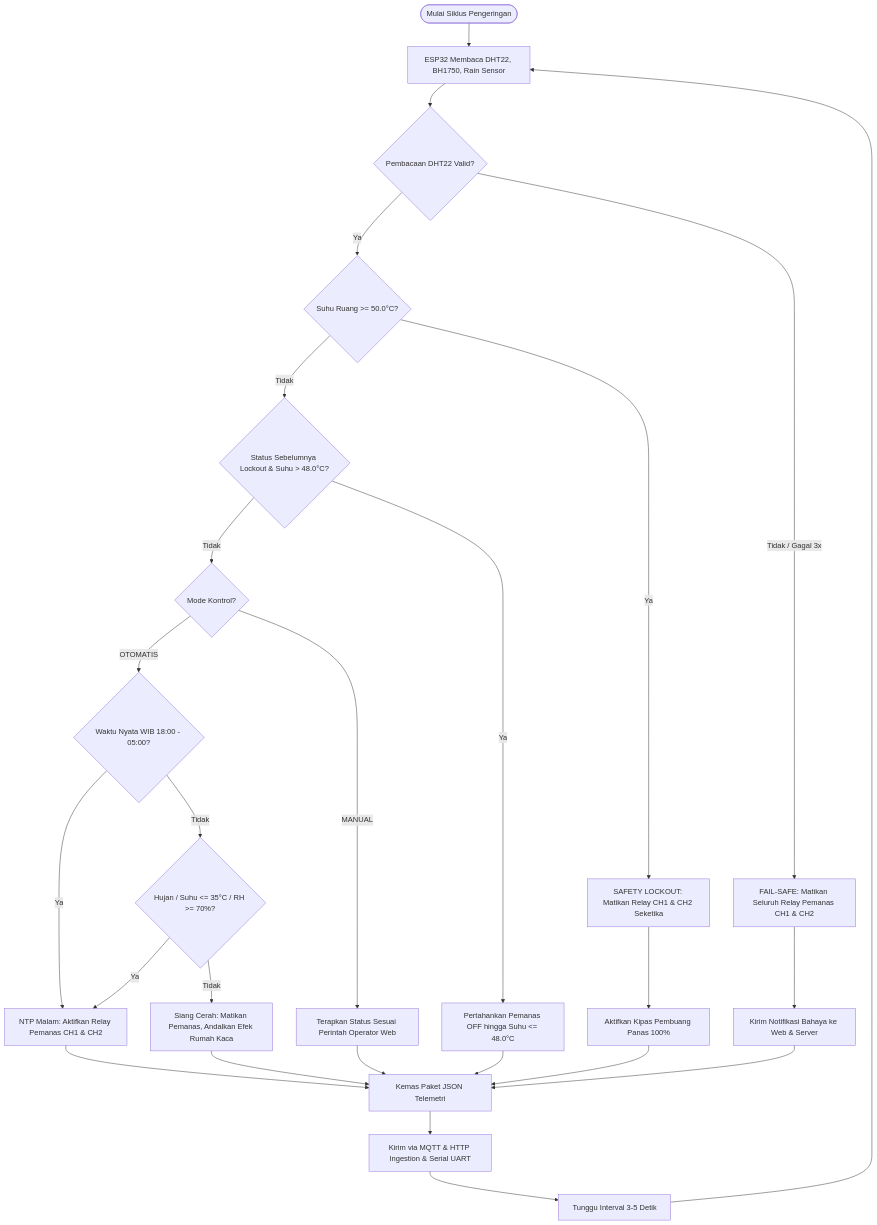
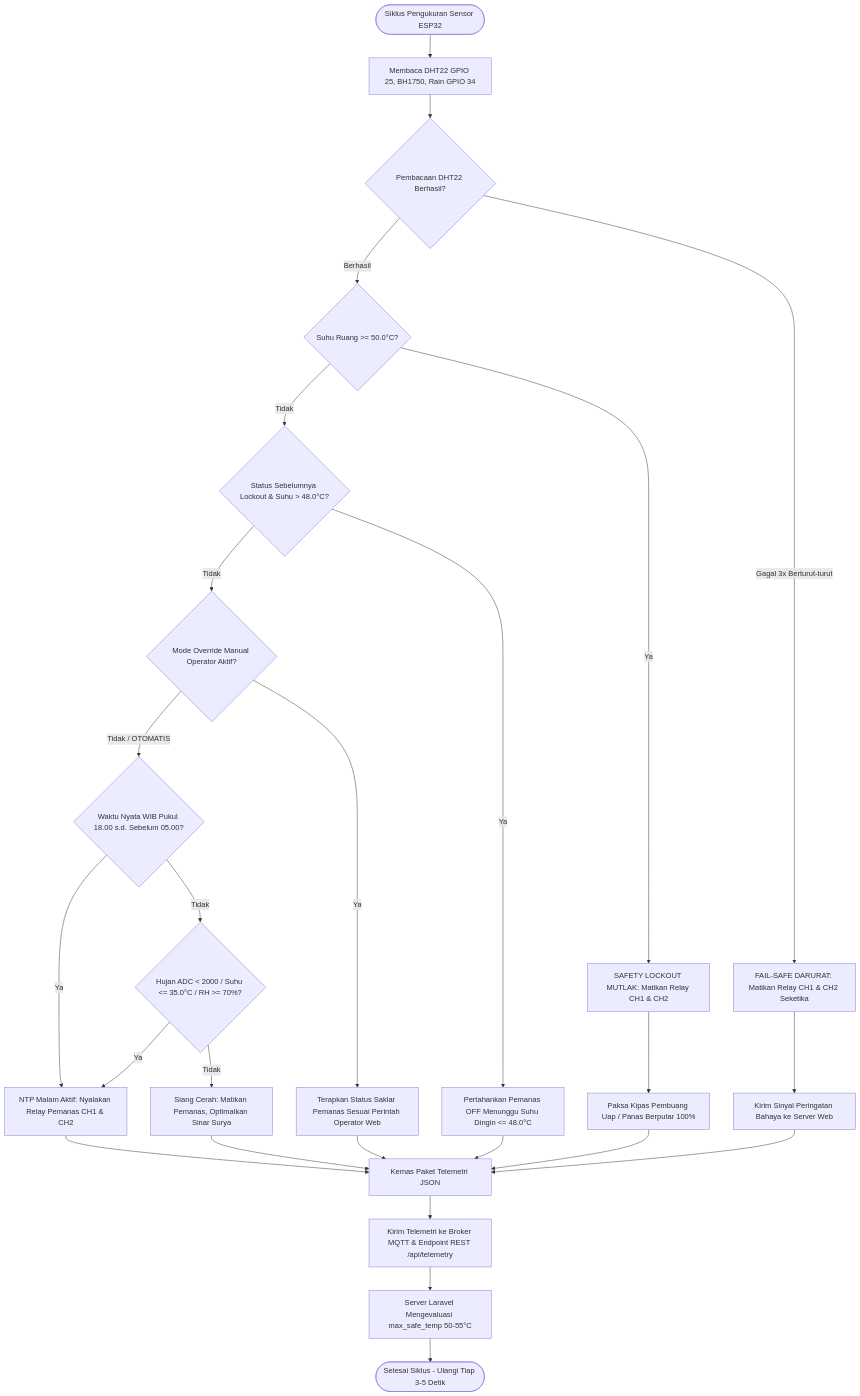
One commit to fatintsani/app-smart-dryer-hanjeli changed the second of 2 diagrams in docs/DOKUMEN_HKI.md. Above: the diagram before and after it, drawn with Mermaid. The commit also changed other lines of this file and 6 other files, not shown here.

````diff
--- a/docs/DOKUMEN_HKI.md
+++ b/docs/DOKUMEN_HKI.md
@@ -144,36 +248,36 @@
 ```mermaid
 flowchart TD
-    Start([Mulai Siklus Pengeringan]) --> ReadSensors[ESP32 Membaca DHT22, BH1750, Rain Sensor]
-    ReadSensors --> CheckValid{Pembacaan DHT22 Valid?}
+    Start([Siklus Pengukuran Sensor ESP32]) --> ReadSensors[Membaca DHT22 GPIO 25, BH1750, Rain GPIO 34]
+    ReadSensors --> CheckDHT{Pembacaan DHT22 Berhasil?}
     
-    CheckValid -- Tidak / Gagal 3x --> FailSafe[FAIL-SAFE: Matikan Seluruh Relay Pemanas CH1 & CH2]
-    FailSafe --> SendAlert[Kirim Notifikasi Bahaya ke Web & Server]
+    CheckDHT -- Gagal 3x Berturut-turut --> FailSafe[FAIL-SAFE DARURAT: Matikan Relay CH1 & CH2 Seketika]
+    FailSafe --> TransmitAlert[Kirim Sinyal Peringatan Bahaya ke Server Web]
     
-    CheckValid -- Ya --> CheckTemp{Suhu Ruang >= 50.0°C?}
-    CheckTemp -- Ya --> Lockout[SAFETY LOCKOUT: Matikan Relay CH1 & CH2 Seketika]
-    Lockout --> ExhaustOn[Aktifkan Kipas Pembuang Panas 100%]
+    CheckDHT -- Berhasil --> CheckOverheat{Suhu Ruang >= 50.0°C?}
+    CheckOverheat -- Ya --> Lockout[SAFETY LOCKOUT MUTLAK: Matikan Relay CH1 & CH2]
+    Lockout --> Exhaust100[Paksa Kipas Pembuang Uap / Panas Berputar 100%]
     
-    CheckTemp -- Tidak --> CheckRecovery{Status Sebelumnya Lockout & Suhu > 48.0°C?}
-    CheckRecovery -- Ya --> KeepOff[Pertahankan Pemanas OFF hingga Suhu <= 48.0°C]
+    CheckOverheat -- Tidak --> CheckRecoveryState{Status Sebelumnya Lockout & Suhu > 48.0°C?}
+    CheckRecoveryState -- Ya --> KeepOff[Pertahankan Pemanas OFF Menunggu Suhu Dingin <= 48.0°C]
     
-    CheckRecovery -- Tidak --> CheckMode{Mode Kontrol?}
-    CheckMode -- MANUAL --> ApplyManual[Terapkan Status Sesuai Perintah Operator Web]
+    CheckRecoveryState -- Tidak --> CheckManualMode{Mode Override Manual Operator Aktif?}
+    CheckManualMode -- Ya --> ApplyManualCmd[Terapkan Status Saklar Pemanas Sesuai Perintah Operator Web]
     
-    CheckMode -- OTOMATIS --> CheckNTP{Waktu Nyata WIB 18:00 - 05:00?}
-    CheckNTP -- Ya --> TurnHeatersOn[NTP Malam: Aktifkan Relay Pemanas CH1 & CH2]
+    CheckManualMode -- Tidak / OTOMATIS --> CheckNTP{Waktu Nyata WIB Pukul 18.00 s.d. Sebelum 05.00?}
+    CheckNTP -- Ya --> TurnHeaterOn[NTP Malam Aktif: Nyalakan Relay Pemanas CH1 & CH2]
     
-    CheckNTP -- Tidak --> CheckWeather{Hujan / Suhu <= 35°C / RH >= 70%?}
-    CheckWeather -- Ya --> TurnHeatersOn
-    CheckWeather -- Tidak --> TurnHeatersOff[Siang Cerah: Matikan Pemanas, Andalkan Efek Rumah Kaca]
+    CheckNTP -- Tidak --> CheckClimate{Hujan ADC < 2000 / Suhu <= 35.0°C / RH >= 70%?}
+    CheckClimate -- Ya --> TurnHeaterOn
+    CheckClimate -- Tidak --> TurnHeaterOff[Siang Cerah: Matikan Pemanas, Optimalkan Sinar Surya]
     
-    TurnHeatersOn --> SendTelemetry[Kemas Paket JSON Telemetri]
-    TurnHeatersOff --> SendTelemetry
-    ApplyManual --> SendTelemetry
-    KeepOff --> SendTelemetry
-    ExhaustOn --> SendTelemetry
-    SendAlert --> SendTelemetry
+    TurnHeaterOn --> BuildPayload[Kemas Paket Telemetri JSON]
+    TurnHeaterOff --> BuildPayload
+    ApplyManualCmd --> BuildPayload
+    KeepOff --> BuildPayload
+    Exhaust100 --> BuildPayload
+    TransmitAlert --> BuildPayload
     
-    SendTelemetry --> TransmitData[Kirim via MQTT & HTTP Ingestion & Serial UART]
-    TransmitData --> DelayStep[Tunggu Interval 3-5 Detik]
-    DelayStep --> ReadSensors
+    BuildPayload --> TransmitData[Kirim Telemetri ke Broker MQTT & Endpoint REST /api/telemetry]
+    TransmitData --> ServerEval[Server Laravel Mengevaluasi max_safe_temp 50-55°C]
+    ServerEval --> EndCycle([Selesai Siklus - Ulangi Tiap 3-5 Detik])
 ```
````
